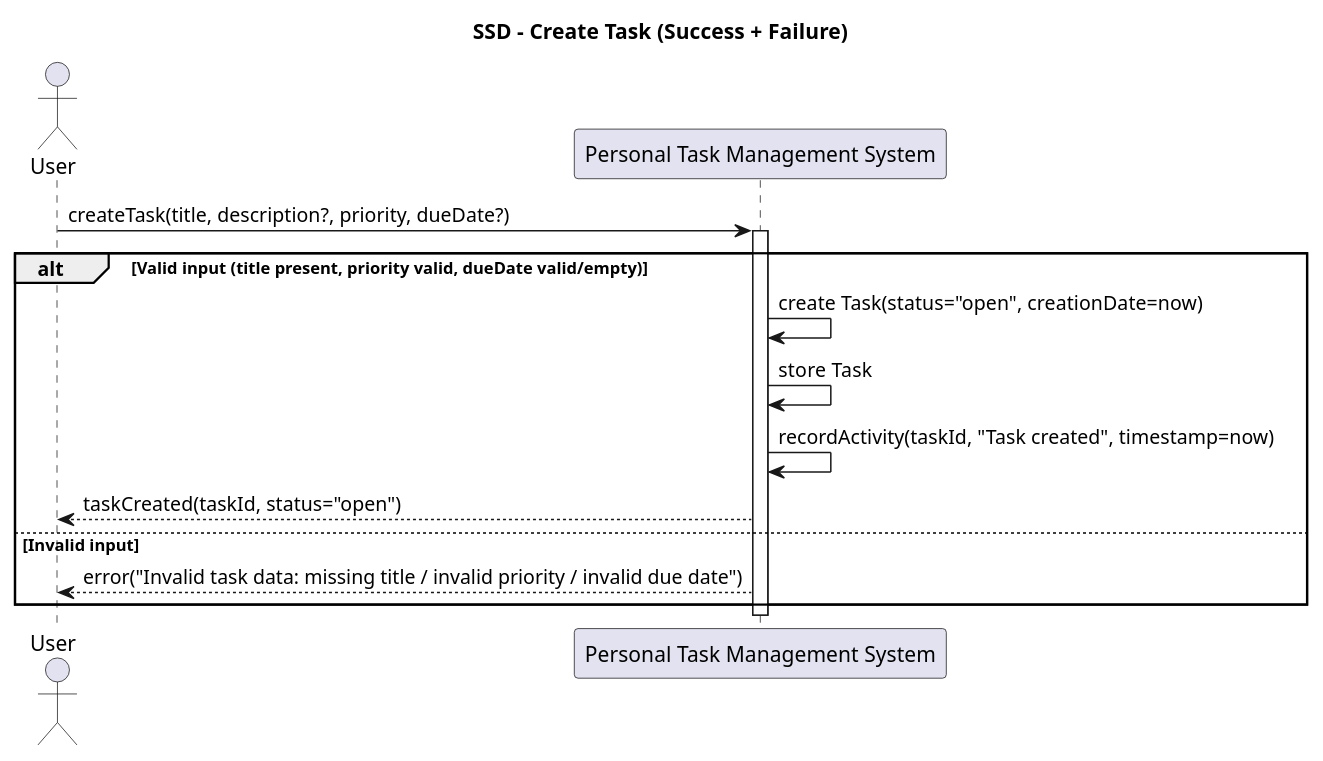
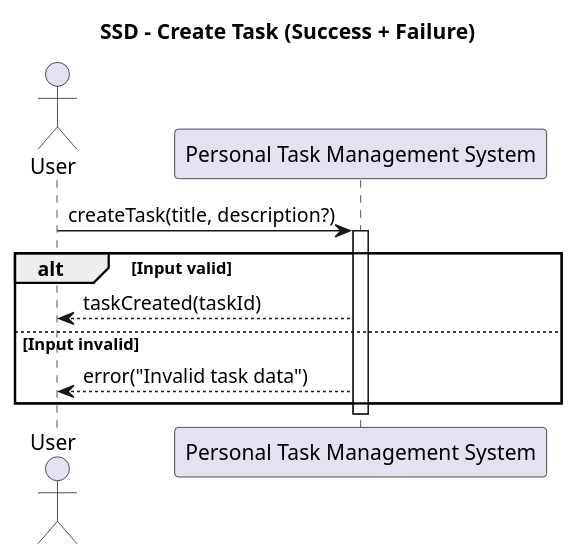
The diagram in Iteration_01/SSD/create_task_ssd.plantuml (t-mandam/SOEN_342_Group_Project), drawn with PlantUML before and after one commit.

```diff
--- a/Iteration_01/SSD/create_task_ssd.plantuml
+++ b/Iteration_01/SSD/create_task_ssd.plantuml
@@ -1,20 +1,18 @@
 @startuml
 title SSD - Create Task (Success + Failure)
 
 actor User
 participant "Personal Task Management System" as System
 
-User -> System: createTask(title, description?, priority, dueDate?)
+User -> System: createTask(title, description?)
 activate System
 
-alt Valid input (title present, priority valid, dueDate valid/empty)
-  System -> System: create Task(status="open", creationDate=now)
-  System -> System: store Task
-  System -> System: recordActivity(taskId, "Task created", timestamp=now)
-  System --> User: taskCreated(taskId, status="open")
-else Invalid input
-  System --> User: error("Invalid task data: missing title / invalid priority / invalid due date")
+alt Input valid
+    System --> User: taskCreated(taskId)
+else Input invalid
+    System --> User: error("Invalid task data")
 end
 
 deactivate System
+
 @enduml
```
